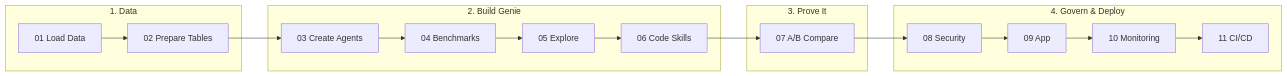
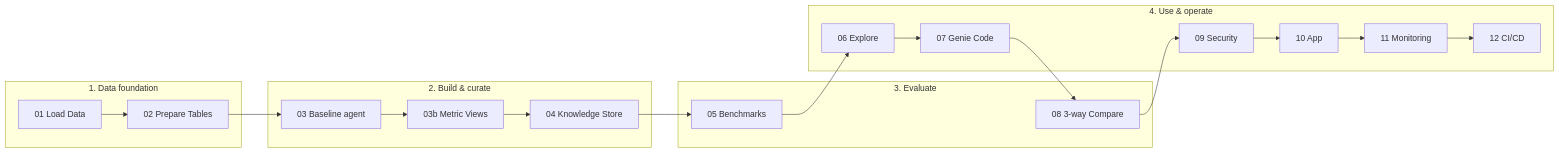
One commit to dariakrasavina/genie-spaces-workshop changed the first of 3 diagrams in README.md. Above: the diagram before and after it, drawn with Mermaid. The commit also changed other lines of this file and 17 other files, not shown here.

First line of the commit message:
Tier 3 (critical path): metric views, Knowledge Store, 3-way compare

````diff
--- a/README.md
+++ b/README.md
@@ -11,24 +13,26 @@
 ```mermaid
 flowchart LR
-    subgraph data ["1. Data"]
+    subgraph data ["1. Data foundation"]
         NB01["01 Load Data"]
         NB02["02 Prepare Tables"]
     end
-    subgraph genie ["2. Build Genie"]
-        NB03["03 Create Agents"]
-        NB04["04 Benchmarks"]
-        NB05["05 Explore"]
-        NB06["06 Code Skills"]
+    subgraph build ["2. Build & curate"]
+        NB03["03 Baseline agent"]
+        NB03b["03b Metric Views"]
+        NB04["04 Knowledge Store"]
     end
-    subgraph prove ["3. Prove It"]
-        NB07["07 A/B Compare"]
+    subgraph prove ["3. Evaluate"]
+        NB05["05 Benchmarks"]
+        NB08["08 3-way Compare"]
     end
-    subgraph govern ["4. Govern & Deploy"]
-        NB08["08 Security"]
-        NB09["09 App"]
-        NB10["10 Monitoring"]
-        NB11["11 CI/CD"]
+    subgraph use ["4. Use & operate"]
+        NB06["06 Explore"]
+        NB07["07 Genie Code"]
+        NB09["09 Security"]
+        NB10["10 App"]
+        NB11["11 Monitoring"]
+        NB12["12 CI/CD"]
     end
 
-    NB01 --> NB02 --> NB03 --> NB04 --> NB05 --> NB06 --> NB07 --> NB08 --> NB09 --> NB10 --> NB11
+    NB01 --> NB02 --> NB03 --> NB03b --> NB04 --> NB05 --> NB06 --> NB07 --> NB08 --> NB09 --> NB10 --> NB11 --> NB12
 ```
````
